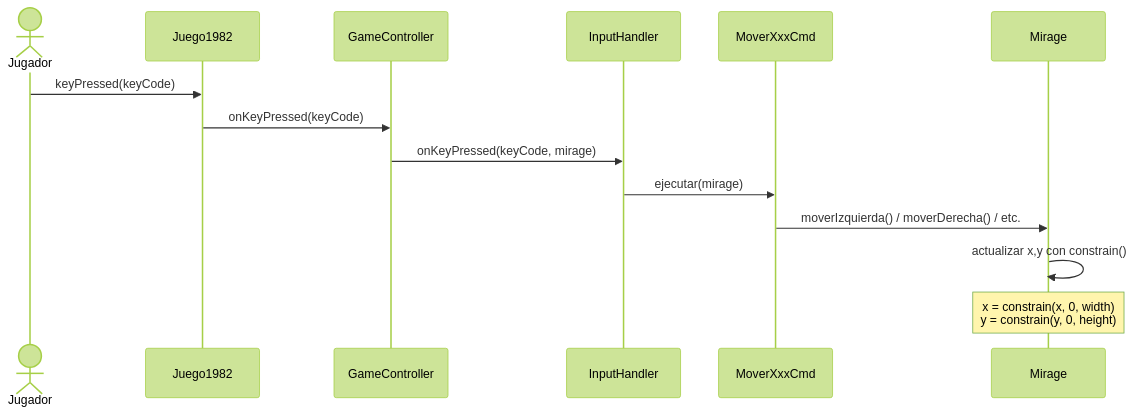
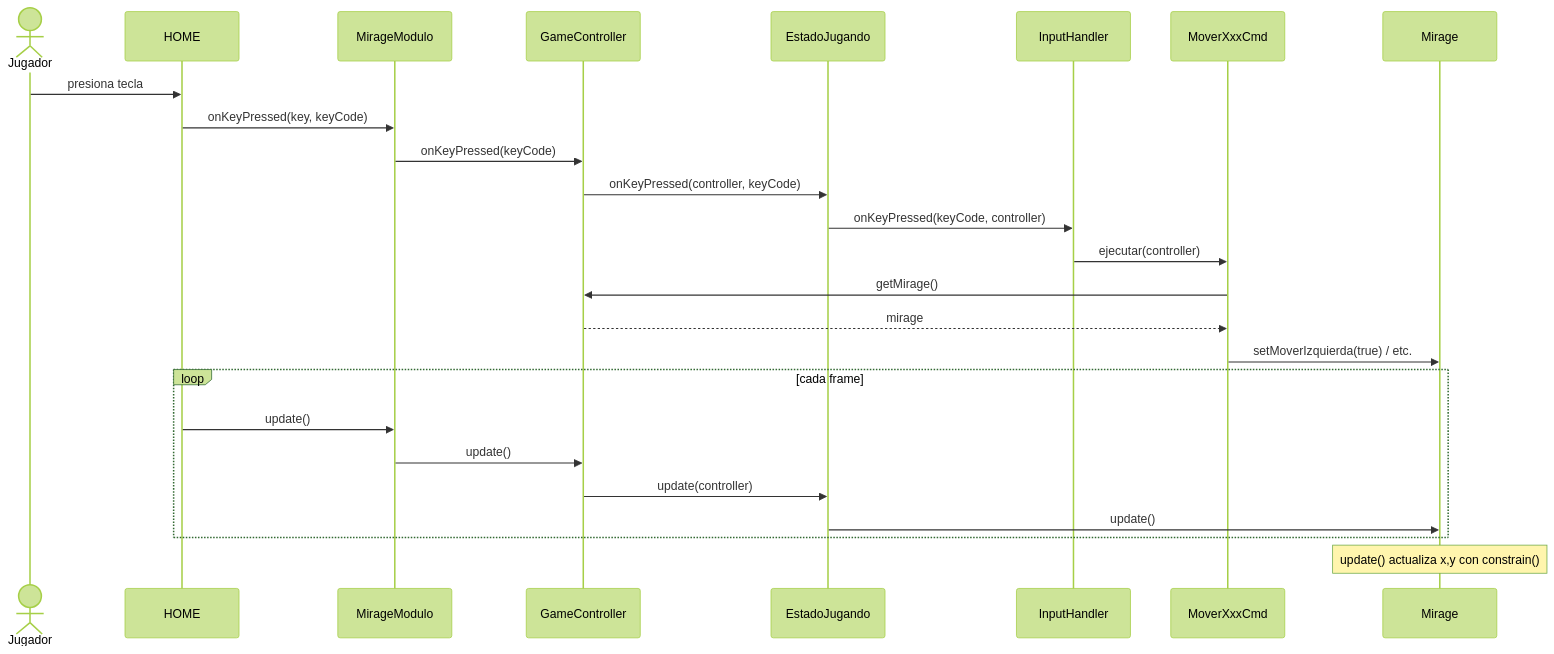
The second of 6 diagrams in docs/analisis/casos-de-uso.md (Christian-Rojas-Rodriguez/juego-1982), drawn with Mermaid (forest theme) before and after one commit. The commit also changed other lines of this file and 1 other file, not shown here.

Commit message:
fix: modificar diagramas de clase y casos de uso

````diff
--- a/docs/analisis/casos-de-uso.md
+++ b/docs/analisis/casos-de-uso.md
@@ -54,17 +53,28 @@
 ```mermaid
 sequenceDiagram
     actor Jugador
-    participant Juego1982
+    participant HOME
+    participant MirageModulo
     participant GameController
+    participant EstadoJugando
     participant InputHandler
     participant MoverCmd as MoverXxxCmd
     participant Mirage
 
-    Jugador->>Juego1982: keyPressed(keyCode)
-    Juego1982->>GameController: onKeyPressed(keyCode)
-    GameController->>InputHandler: onKeyPressed(keyCode, mirage)
-    InputHandler->>MoverCmd: ejecutar(mirage)
-    MoverCmd->>Mirage: moverIzquierda() / moverDerecha() / etc.
-    Mirage->>Mirage: actualizar x,y con constrain()
-    Note over Mirage: x = constrain(x, 0, width)<br/>y = constrain(y, 0, height)
+    Jugador->>HOME: presiona tecla
+    HOME->>MirageModulo: onKeyPressed(key, keyCode)
+    MirageModulo->>GameController: onKeyPressed(keyCode)
+    GameController->>EstadoJugando: onKeyPressed(controller, keyCode)
+    EstadoJugando->>InputHandler: onKeyPressed(keyCode, controller)
+    InputHandler->>MoverCmd: ejecutar(controller)
+    MoverCmd->>GameController: getMirage()
+    GameController-->>MoverCmd: mirage
+    MoverCmd->>Mirage: setMoverIzquierda(true) / etc.
+    loop cada frame
+        HOME->>MirageModulo: update()
+        MirageModulo->>GameController: update()
+        GameController->>EstadoJugando: update(controller)
+        EstadoJugando->>Mirage: update()
+    end
+    Note over Mirage: update() actualiza x,y con constrain()
 ```
````
